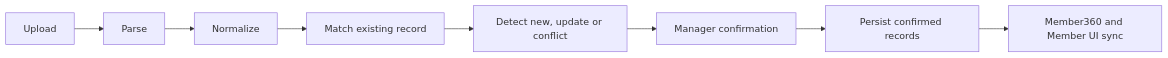
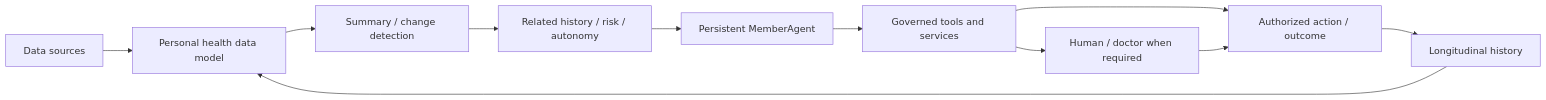
The third of 3 diagrams in README.md (KaedeharaT/executive-healthops), drawn with Mermaid before and after one commit. The commit also changed other lines of this file and 2 other files, not shown here.

Commit message:
docs: refresh bilingual README for AI-native HealthOps

````diff
--- a/README.md
+++ b/README.md
@@ -104,10 +143,13 @@
 ```mermaid
 flowchart LR
-    U[Upload] --> P[Parse]
-    P --> N[Normalize]
-    N --> M[Match existing record]
-    M --> C[Detect new, update or conflict]
-    C --> H[Manager confirmation]
-    H --> W[Persist confirmed records]
-    W --> S[Member360 and Member UI sync]
+    A[Data sources] --> B[Personal health data model]
+    B --> C[Summary / change detection]
+    C --> D[Related history / risk / autonomy]
+    D --> E[Persistent MemberAgent]
+    E --> F[Governed tools and services]
+    F --> G[Human / doctor when required]
+    F --> H[Authorized action / outcome]
+    G --> H
+    H --> I[Longitudinal history]
+    I --> B
 ```
````
